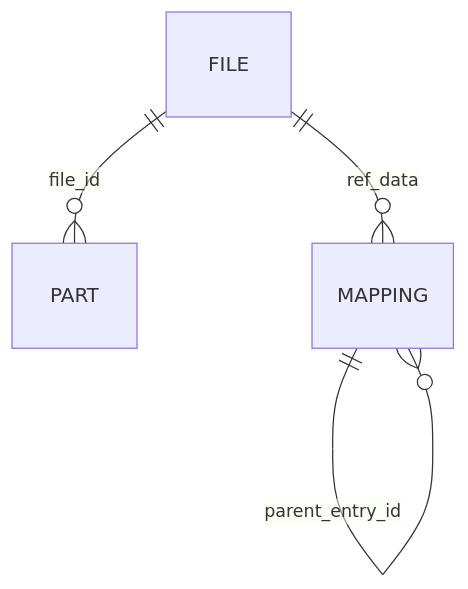
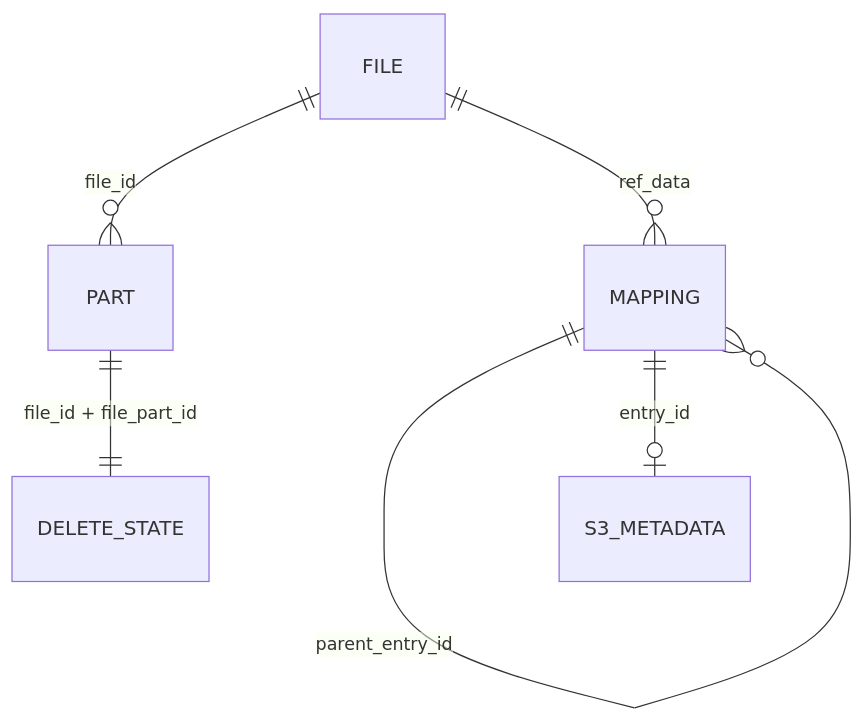
The first of 2 diagrams in docs/02-data-and-storage-model.md (xxxsen/tgfile), drawn with Mermaid before and after one commit. The commit also changed other lines of this file and 59 other files, not shown here.

````diff
--- a/docs/02-data-and-storage-model.md
+++ b/docs/02-data-and-storage-model.md
@@ -18,6 +9,8 @@
 ```mermaid
 erDiagram
     FILE ||--o{ PART : "file_id"
     FILE ||--o{ MAPPING : "ref_data"
     MAPPING ||--o{ MAPPING : "parent_entry_id"
+    MAPPING ||--o| S3_METADATA : "entry_id"
+    PART ||--|| DELETE_STATE : "file_id + file_part_id"
 ```
````
